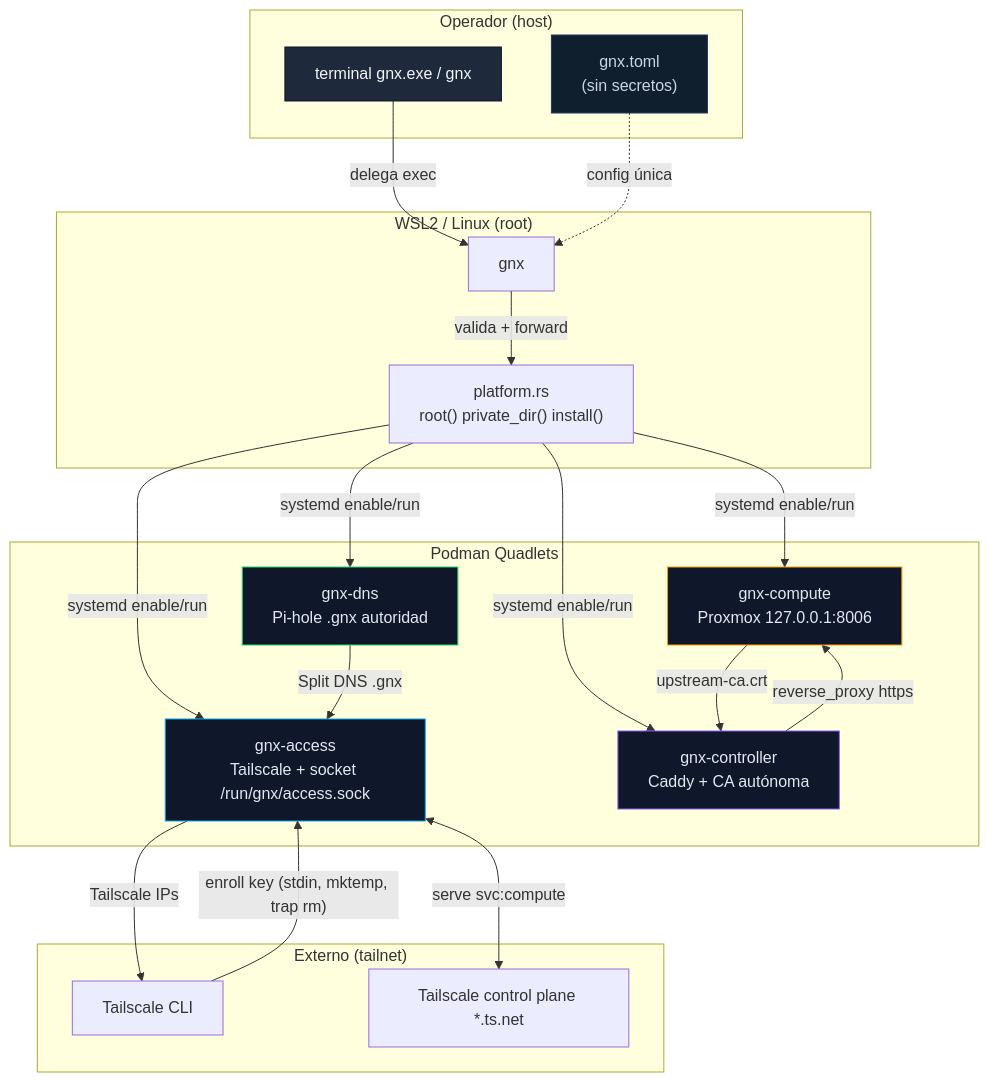
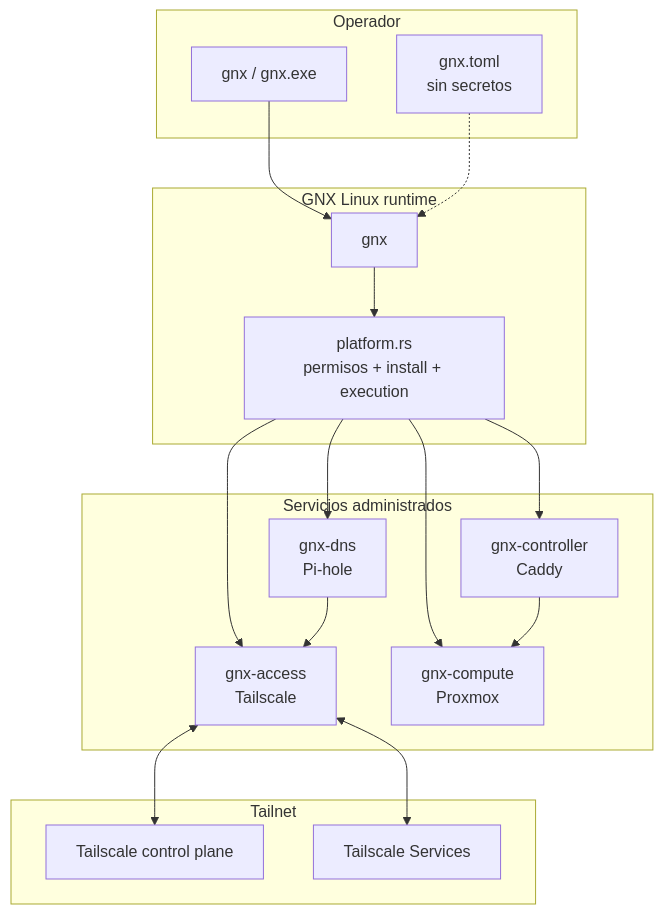
The second of 6 diagrams in docs/arquitectura.md (mayas-alas/quetzalcoatl), drawn with Mermaid before and after one commit. The commit also changed other lines of this file and 9 other files, not shown here.

````diff
--- a/docs/arquitectura.md
+++ b/docs/arquitectura.md
@@ -12,46 +53,38 @@
 ```mermaid
 flowchart TB
-    subgraph OPHOST["Operador (host)"]
-        OP["terminal gnx.exe / gnx"]
-        CFG["gnx.toml<br/>(sin secretos)"]
+    subgraph HOST["Operador"]
+        CLI["gnx / gnx.exe"]
+        CFG["gnx.toml<br/>sin secretos"]
     end
 
-    subgraph WSLROOT["WSL2 / Linux (root)"]
+    subgraph CORE["GNX Linux runtime"]
         BIN["gnx"]
-        PLAT["platform.rs<br/>root() private_dir() install()"]
+        PLATFORM["platform.rs<br/>permisos + install + execution"]
     end
 
-    subgraph QUADLETS["Podman Quadlets"]
-        ACC["gnx-access<br/>Tailscale + socket /run/gnx/access.sock"]
-        DNS["gnx-dns<br/>Pi-hole .gnx autoridad"]
-        CMP["gnx-compute<br/>Proxmox 127.0.0.1:8006"]
-        CTRL["gnx-controller<br/>Caddy + CA autónoma"]
+    subgraph SERVICES["Servicios administrados"]
+        ACCESS["gnx-access<br/>Tailscale"]
+        DNS["gnx-dns<br/>Pi-hole"]
+        COMPUTE["gnx-compute<br/>Proxmox"]
+        CONTROLLER["gnx-controller<br/>Caddy"]
     end
 
-    subgraph EXTERNAL["Externo (tailnet)"]
-        CLI["Tailscale CLI"]
-        TAIL["Tailscale control plane *.ts.net"]
+    subgraph TAILNET["Tailnet"]
+        TSCTRL["Tailscale control plane"]
+        TSSVC["Tailscale Services"]
     end
 
-    OP -->|"delega exec"| BIN
-    BIN -->|"valida + forward"| PLAT
-    PLAT -->|"systemd enable/run"| ACC
-    PLAT -->|"systemd enable/run"| DNS
-    PLAT -->|"systemd enable/run"| CMP
-    PLAT -->|"systemd enable/run"| CTRL
+    CLI --> BIN
+    CFG -.-> BIN
+    BIN --> PLATFORM
 
-    ACC -->|"Tailscale IPs"| CLI
-    CLI -->|"enroll key (stdin, mktemp, trap rm)"| ACC
-    ACC <-->|"serve svc:compute"| TAIL
-    DNS -->|"Split DNS .gnx"| ACC
-    CMP -->|"upstream-ca.crt"| CTRL
-    CTRL -->|"reverse_proxy https"| CMP
+    PLATFORM --> ACCESS
+    PLATFORM --> DNS
+    PLATFORM --> COMPUTE
+    PLATFORM --> CONTROLLER
 
-    CFG -.->|"config única"| BIN
-    style OP fill:#1e293b,stroke:#0f172a,color:#f1f5f9
-    style CFG fill:#0f1f2e,stroke:#1e3a5f,color:#cbd5e1
-    style ACC fill:#0f172a,stroke:#0ea5e9,color:#e2e8f0
-    style DNS fill:#0f172a,stroke:#2dd36f,color:#e2e8f0
-    style CMP fill:#0f172a,stroke:#f59e0b,color:#e2e8f0
-    style CTRL fill:#0f172a,stroke:#8b5cf6,color:#e2e8f0
+    ACCESS <--> TSCTRL
+    ACCESS <--> TSSVC
+    DNS --> ACCESS
+    CONTROLLER --> COMPUTE
 ```
````
